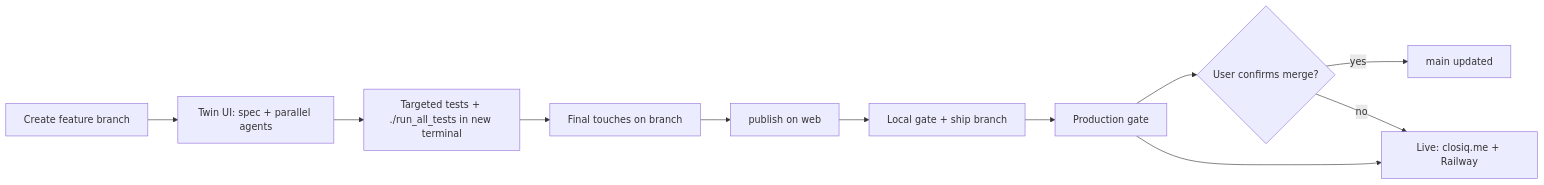
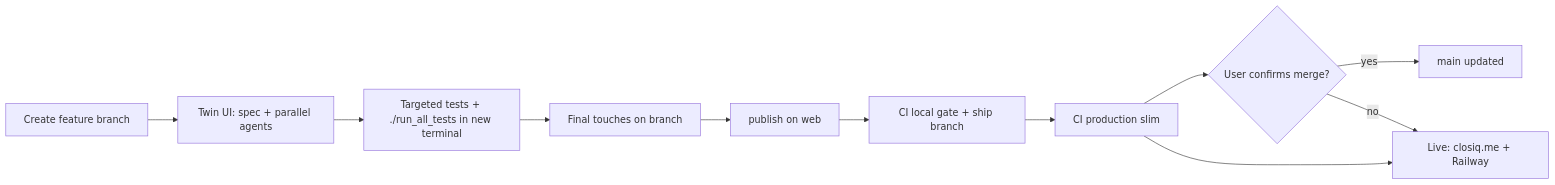
One commit to sajadparacha/outfit-suggestor-app changed the diagram in AGENT_WORKFLOWS.md. Above: the diagram before and after it, drawn with Mermaid. The commit also changed other lines of this file and 17 other files, not shown here.

````diff
--- a/AGENT_WORKFLOWS.md
+++ b/AGENT_WORKFLOWS.md
@@ -193,13 +200,13 @@
 ```mermaid
 flowchart LR
   A[Create feature branch] --> B[Twin UI: spec + parallel agents]
   B --> C[Targeted tests + ./run_all_tests in new terminal]
   C --> D[Final touches on branch]
   D --> E[publish on web]
-  E --> F[Local gate + ship branch]
-  F --> G[Production gate]
+  E --> F[CI local gate + ship branch]
+  F --> G[CI production slim]
   G --> H{User confirms merge?}
   H -->|yes| I[main updated]
   H -->|no| J[Live: closiq.me + Railway]
   G --> J
 ```
````
